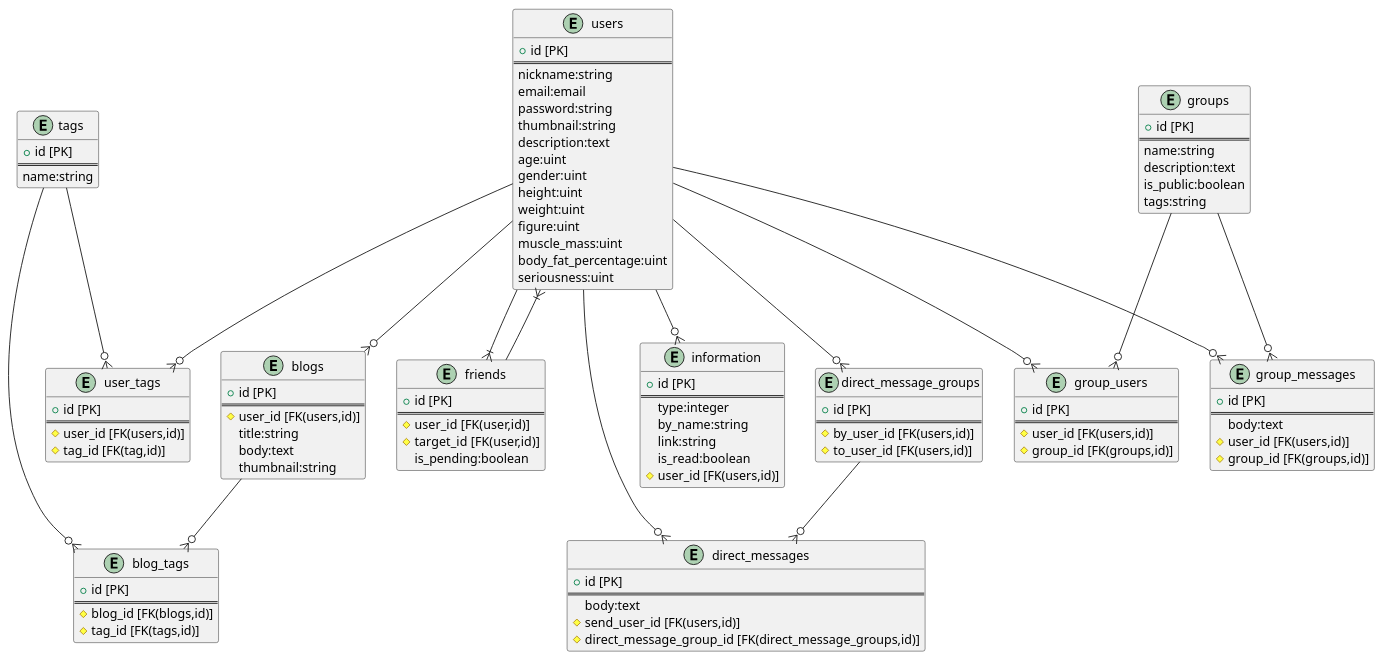
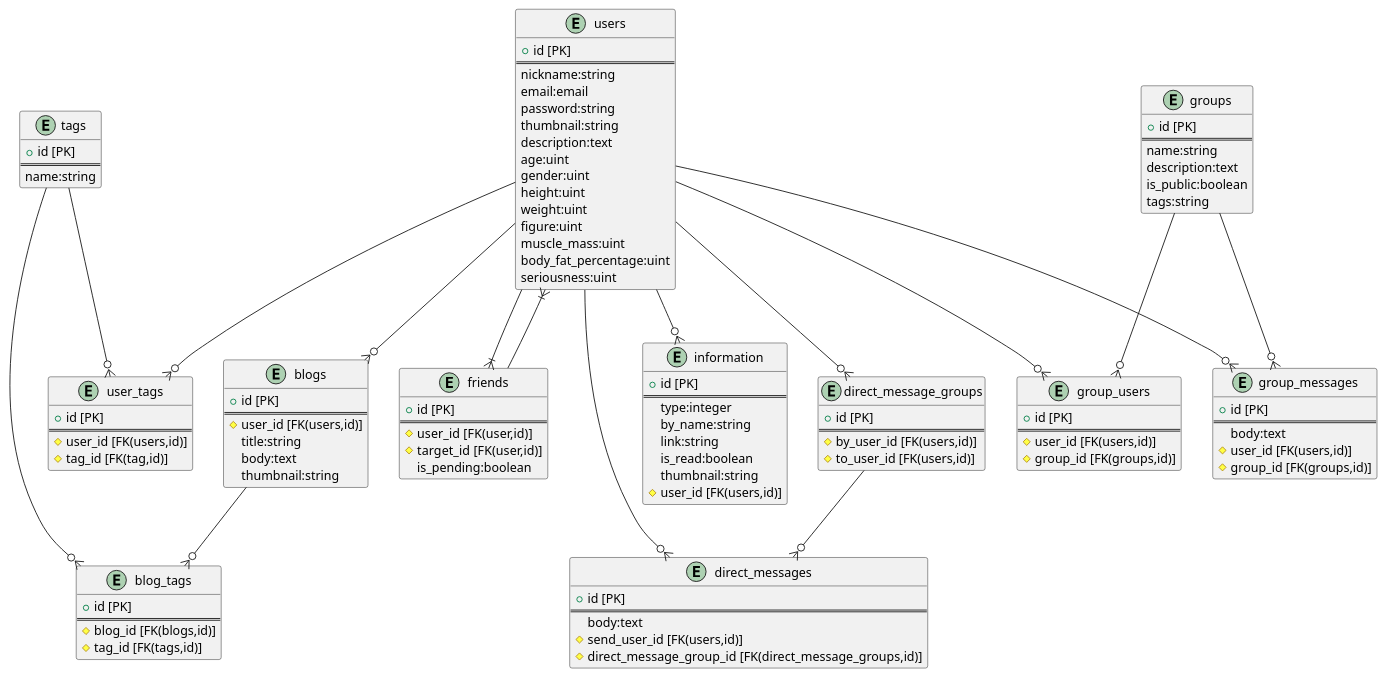
Before and after one commit to NAKKA-K/musclers: the diagram in docs/ER.md, drawn with PlantUML.

Commit message:
Add thumbnail to ER

```diff
--- a/docs/ER.md
+++ b/docs/ER.md
@@ -28,6 +28,7 @@
     by_name:string
     link:string
     is_read:boolean
+    thumbnail:string
     # user_id [FK(users,id)]
 }
 users --o{ information
```
